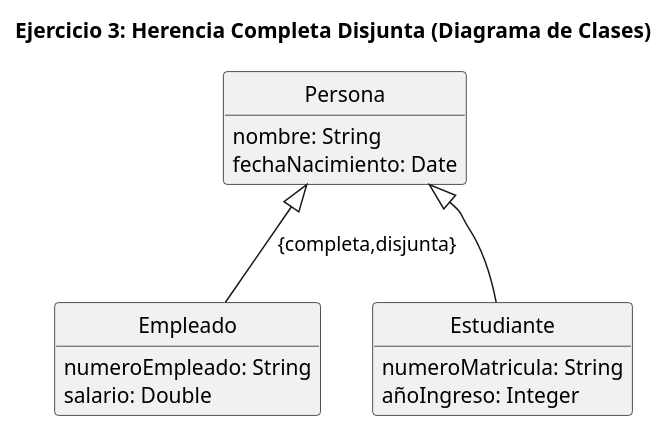
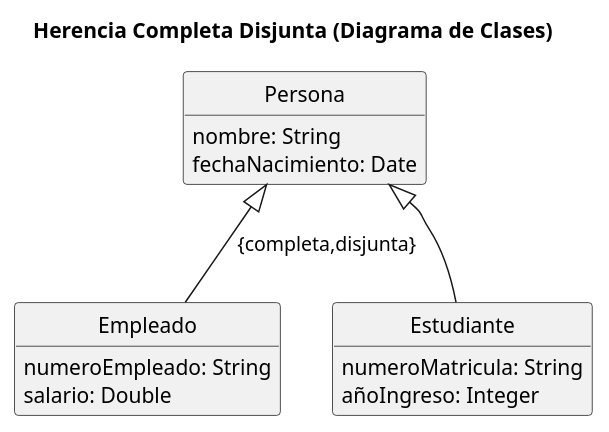
The fifth of 9 diagrams in _diagrams/mc2mr/diagramas.puml (IISSI-US/web), drawn with PlantUML before and after one commit. The commit also changed other lines of this file and 59 other files, not shown here.

```diff
--- a/_diagrams/mc2mr/diagramas.puml
+++ b/_diagrams/mc2mr/diagramas.puml
@@ -61,25 +121,24 @@
-@startuml ejercicio-03-herencia-completa-disjunta-clases
-title Ejercicio 3: Herencia Completa Disjunta (Diagrama de Clases)
+@startuml herencia-completa-disjunta-clases
+title Herencia Completa Disjunta (Diagrama de Clases)
 
 hide empty members
 hide circle
 
 class Persona {
   nombre: String
   fechaNacimiento: Date
 }
 
 class Empleado {
   numeroEmpleado: String
   salario: Double
 }
 
 class Estudiante {
   numeroMatricula: String
   añoIngreso: Integer
 }
 
 Persona <|-- Empleado: {completa,disjunta}
 Persona <|-- Estudiante
-
 @enduml
```
